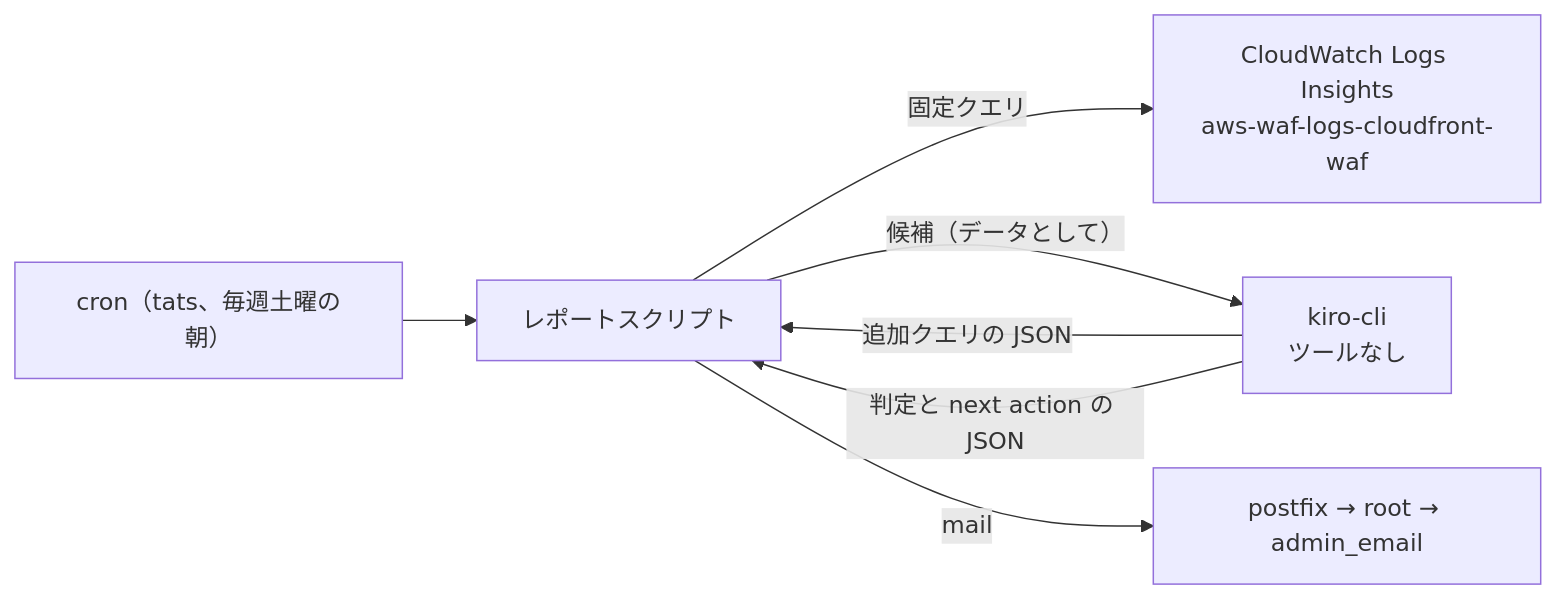
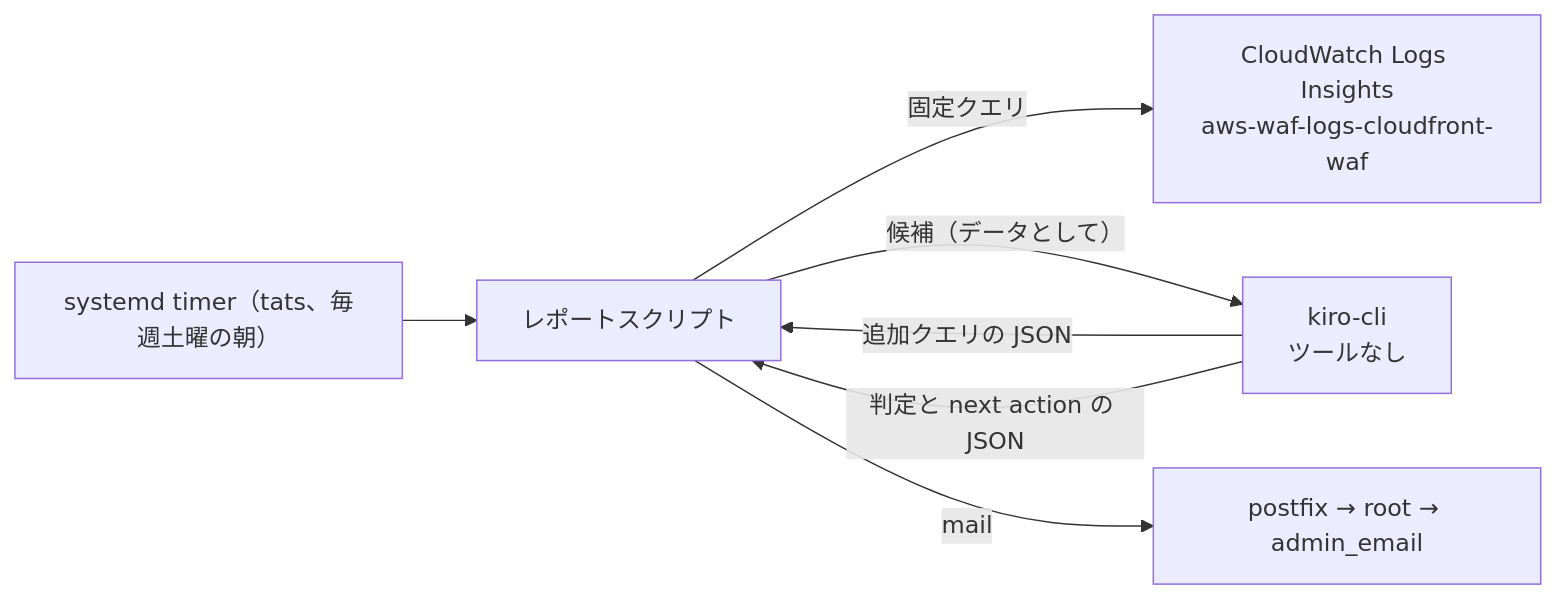
One commit to rewse/ansible-playbooks changed the diagram in docs/superpowers/specs/2026-11-04-cloudfront-waf-report-design.md. Above: the diagram before and after it, drawn with Mermaid. The commit also changed other lines of this file and 1 other file, not shown here.

````diff
--- a/docs/superpowers/specs/2026-11-04-cloudfront-waf-report-design.md
+++ b/docs/superpowers/specs/2026-11-04-cloudfront-waf-report-design.md
@@ -48,9 +48,9 @@
 ```mermaid
 flowchart LR
-  cron["cron（tats、毎週土曜の朝）"] --> script[レポートスクリプト]
+  timer["systemd timer（tats、毎週土曜の朝）"] --> script[レポートスクリプト]
   script -->|固定クエリ| logs["CloudWatch Logs Insights<br/>aws-waf-logs-cloudfront-waf"]
   script -->|"候補（データとして）"| kiro["kiro-cli<br/>ツールなし"]
   kiro -->|追加クエリの JSON| script
   kiro -->|"判定と next action の JSON"| script
   script -->|mail| postfix["postfix → root → admin_email"]
 ```
````
